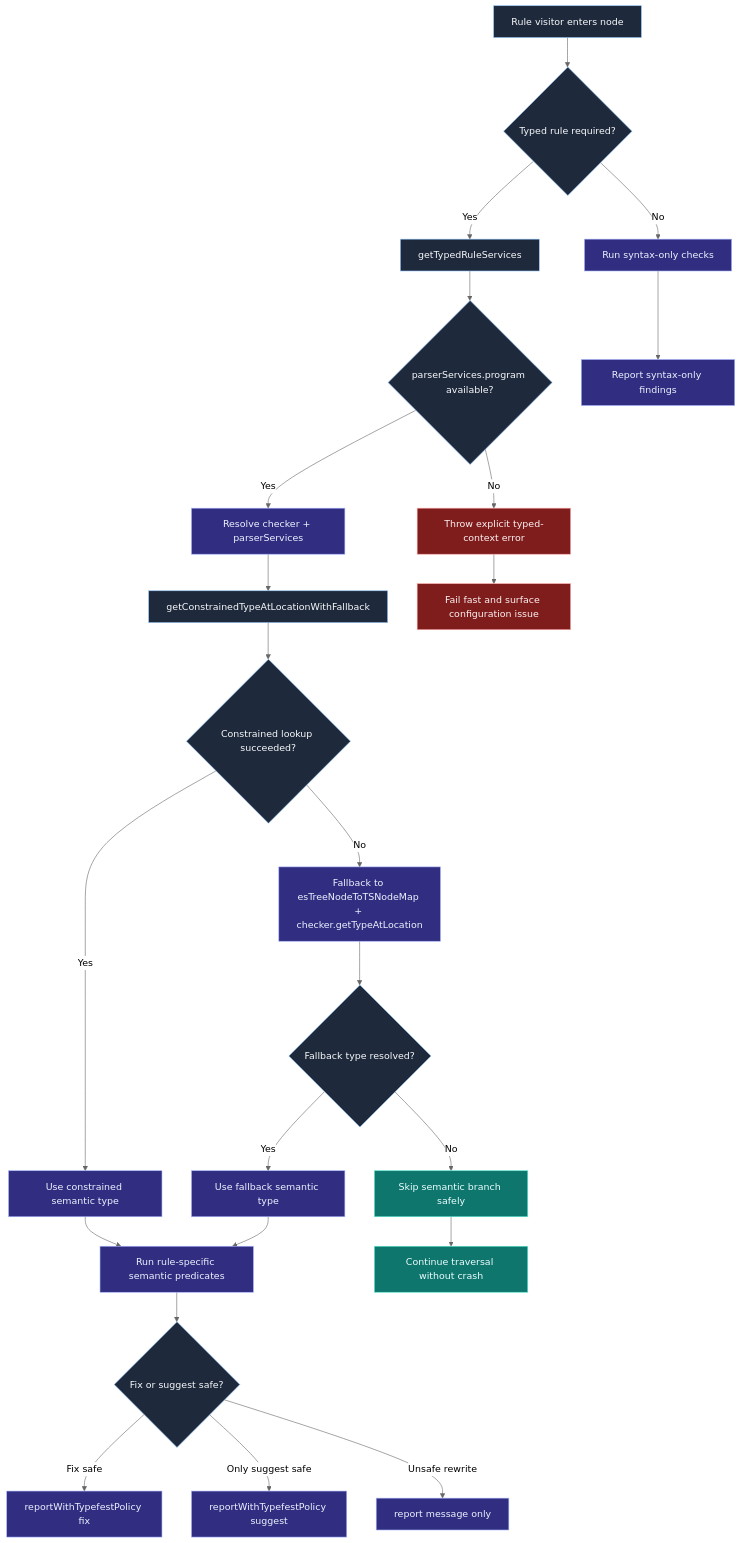
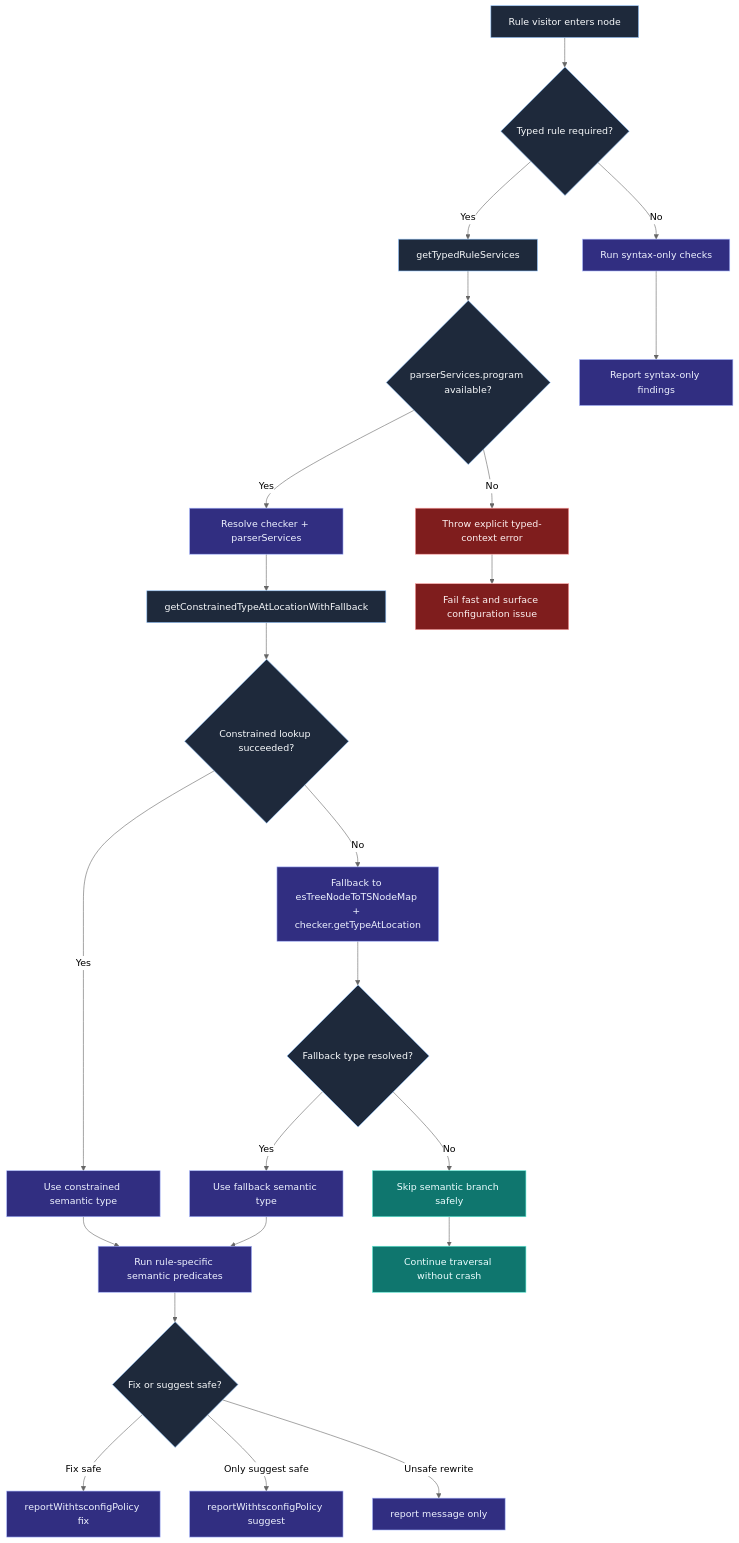
One commit to Nick2bad4u/eslint-plugin-tsconfig changed the diagram in docs/docusaurus/site-docs/developer/charts/typed-rule-semantic-analysis-flow.md. Above: the diagram before and after it, drawn with Mermaid (neutral theme). The commit also changed 163 other files, not shown here.

````diff
--- a/docs/docusaurus/site-docs/developer/charts/typed-rule-semantic-analysis-flow.md
+++ b/docs/docusaurus/site-docs/developer/charts/typed-rule-semantic-analysis-flow.md
@@ -11,40 +11,40 @@
 ```mermaid
 flowchart TD
     classDef entry fill:#1e293b,stroke:#93c5fd,color:#f8fafc,stroke-width:1px
     classDef guard fill:#0f766e,stroke:#5eead4,color:#ecfeff,stroke-width:1px
     classDef fail fill:#7f1d1d,stroke:#fca5a5,color:#fef2f2,stroke-width:1px
     classDef path fill:#312e81,stroke:#a5b4fc,color:#eef2ff,stroke-width:1px
 
     A[Rule visitor enters node] --> B{Typed rule required?}
     B -->|No| C[Run syntax-only checks]
     B -->|Yes| D[getTypedRuleServices]
 
     D --> E{parserServices.program available?}
     E -->|No| F[Throw explicit typed-context error]
     E -->|Yes| G[Resolve checker + parserServices]
 
     G --> H[getConstrainedTypeAtLocationWithFallback]
     H --> I{Constrained lookup succeeded?}
     I -->|Yes| J[Use constrained semantic type]
     I -->|No| K[Fallback to esTreeNodeToTSNodeMap + checker.getTypeAtLocation]
 
     K --> L{Fallback type resolved?}
     L -->|No| M[Skip semantic branch safely]
     L -->|Yes| N[Use fallback semantic type]
 
     J --> O[Run rule-specific semantic predicates]
     N --> O
     C --> P[Report syntax-only findings]
     O --> Q{Fix or suggest safe?}
-    Q -->|Fix safe| R[reportWithTypefestPolicy fix]
-    Q -->|Only suggest safe| S[reportWithTypefestPolicy suggest]
+    Q -->|Fix safe| R[reportWithtsconfigPolicy fix]
+    Q -->|Only suggest safe| S[reportWithtsconfigPolicy suggest]
     Q -->|Unsafe rewrite| T[report message only]
 
     F --> U[Fail fast and surface configuration issue]
     M --> V[Continue traversal without crash]
 
     class A,B,D,E,H,I,L,Q entry
     class C,G,J,K,N,O,P,R,S,T path
     class M,V guard
     class F,U fail
 ```
````
